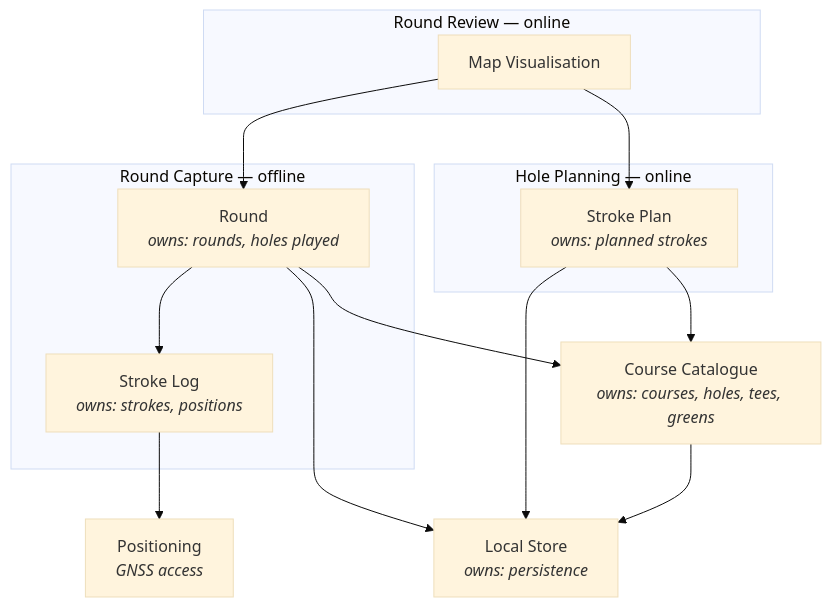
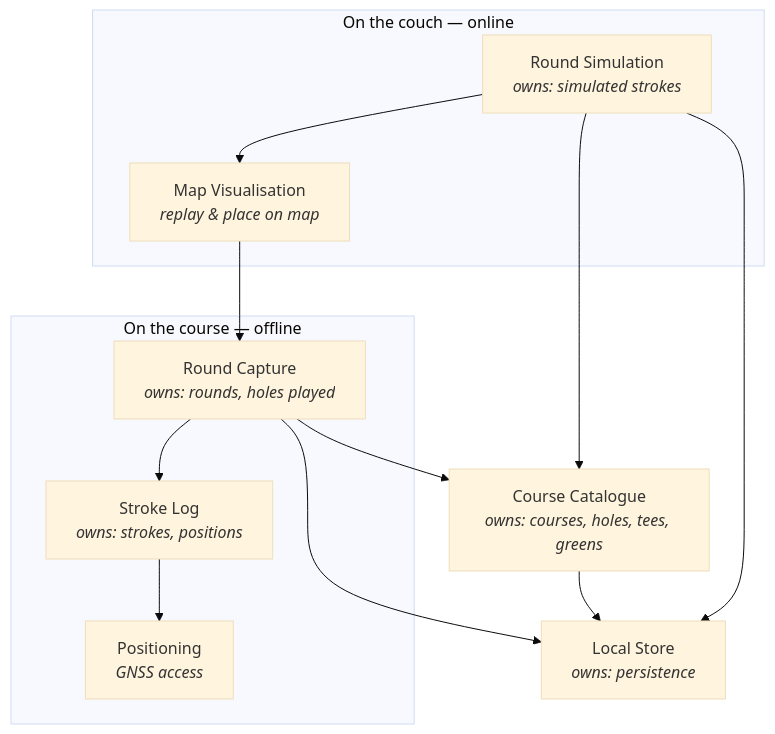
The second of 2 diagrams in CLAUDE.md (roeselert/golftrainer), drawn with Mermaid (base theme) before and after one commit. The commit also changed other lines of this file, not shown here.

First line of the commit message:
Clarify the two usage contexts in the architecture doc

````diff
--- a/CLAUDE.md
+++ b/CLAUDE.md
@@ -102,29 +116,26 @@
 ```mermaid
 flowchart TB
-    subgraph capture["Round Capture — offline"]
-        round["Round<br/><i>owns: rounds, holes played</i>"]
+    subgraph oncourse["On the course — offline"]
+        round["Round Capture<br/><i>owns: rounds, holes played</i>"]
         stroke["Stroke Log<br/><i>owns: strokes, positions</i>"]
+        loc["Positioning<br/><i>GNSS access</i>"]
     end
 
-    subgraph planning["Hole Planning — online"]
-        plan["Stroke Plan<br/><i>owns: planned strokes</i>"]
-    end
-
-    subgraph review["Round Review — online"]
-        viz["Map Visualisation"]
+    subgraph couch["On the couch — online"]
+        sim["Round Simulation<br/><i>owns: simulated strokes</i>"]
+        viz["Map Visualisation<br/><i>replay & place on map</i>"]
     end
 
     course["Course Catalogue<br/><i>owns: courses, holes, tees, greens</i>"]
-    loc["Positioning<br/><i>GNSS access</i>"]
     store["Local Store<br/><i>owns: persistence</i>"]
 
     round --> stroke
     round --> course
     stroke --> loc
-    plan --> course
+    sim --> course
+    sim --> viz
     viz --> round
-    viz --> plan
     round --> store
-    plan --> store
+    sim --> store
     course --> store
 ```
````
